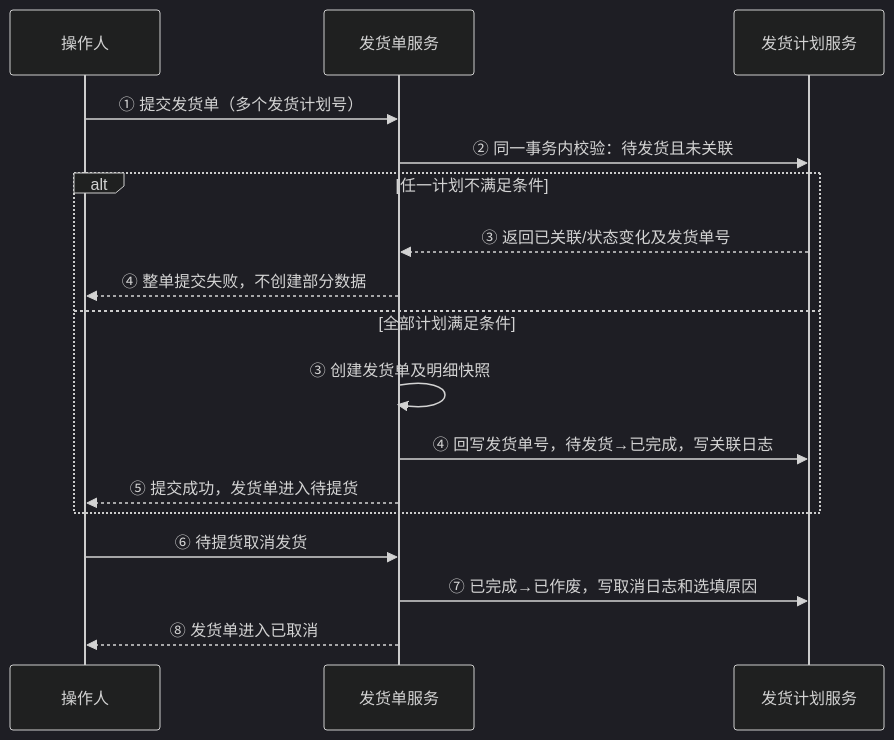
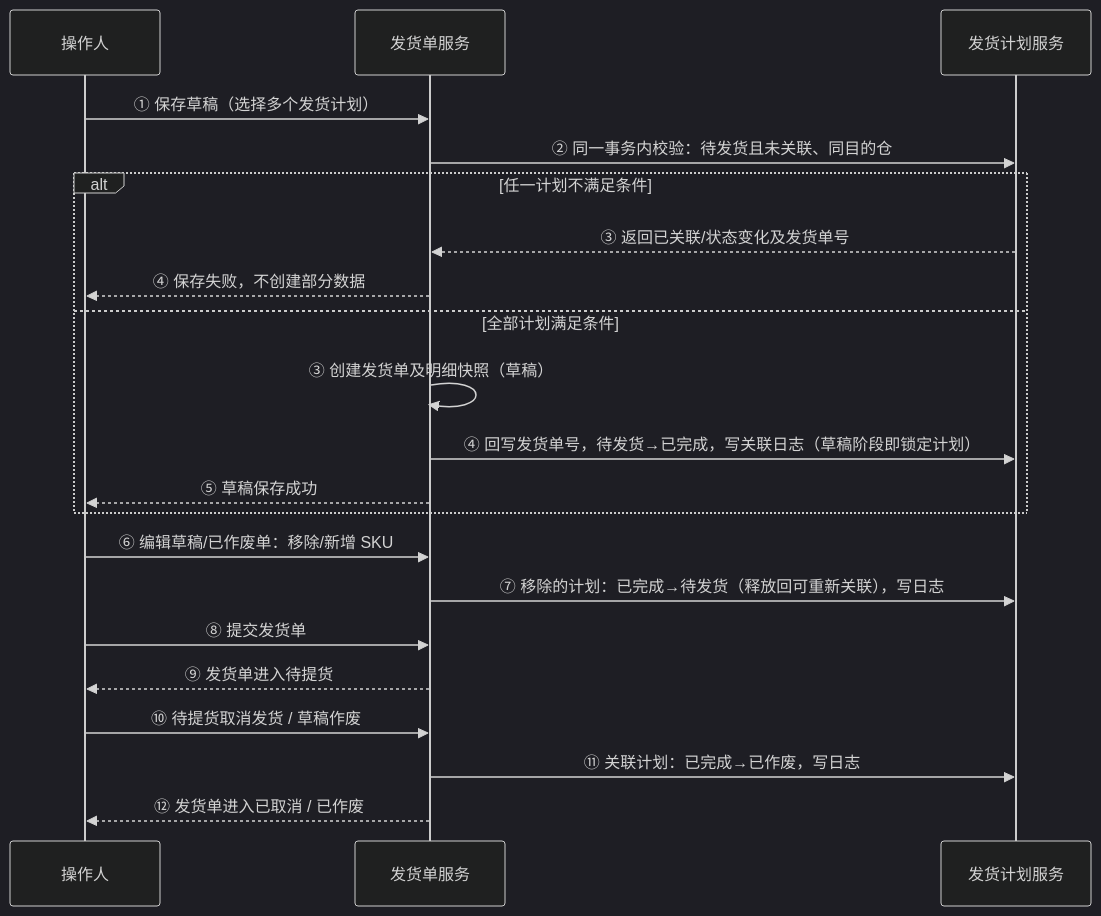
The second of 3 diagrams in PRD/发货单全流程管理-PRD.md (heiquanrenheiquanren-lab/Middle-Platform-Pages), drawn with Mermaid (dark theme) before and after one commit. The commit also changed other lines of this file and 4 other files, not shown here.

````diff
--- a/PRD/发货单全流程管理-PRD.md
+++ b/PRD/发货单全流程管理-PRD.md
@@ -97,19 +100,23 @@
 ```mermaid
 sequenceDiagram
     participant U as 操作人
     participant SO as 发货单服务
     participant SP as 发货计划服务
-    U->>SO: ① 提交发货单（多个发货计划号）
-    SO->>SP: ② 同一事务内校验：待发货且未关联
+    U->>SO: ① 保存草稿（选择多个发货计划）
+    SO->>SP: ② 同一事务内校验：待发货且未关联、同目的仓
     alt 任一计划不满足条件
         SP-->>SO: ③ 返回已关联/状态变化及发货单号
-        SO-->>U: ④ 整单提交失败，不创建部分数据
+        SO-->>U: ④ 保存失败，不创建部分数据
     else 全部计划满足条件
-        SO->>SO: ③ 创建发货单及明细快照
-        SO->>SP: ④ 回写发货单号，待发货→已完成，写关联日志
-        SO-->>U: ⑤ 提交成功，发货单进入待提货
+        SO->>SO: ③ 创建发货单及明细快照（草稿）
+        SO->>SP: ④ 回写发货单号，待发货→已完成，写关联日志（草稿阶段即锁定计划）
+        SO-->>U: ⑤ 草稿保存成功
     end
-    U->>SO: ⑥ 待提货取消发货
-    SO->>SP: ⑦ 已完成→已作废，写取消日志和选填原因
-    SO-->>U: ⑧ 发货单进入已取消
+    U->>SO: ⑥ 编辑草稿/已作废单：移除/新增 SKU
+    SO->>SP: ⑦ 移除的计划：已完成→待发货（释放回可重新关联），写日志
+    U->>SO: ⑧ 提交发货单
+    SO-->>U: ⑨ 发货单进入待提货
+    U->>SO: ⑩ 待提货取消发货 / 草稿作废
+    SO->>SP: ⑪ 关联计划：已完成→已作废，写日志
+    SO-->>U: ⑫ 发货单进入已取消 / 已作废
 ```
````
